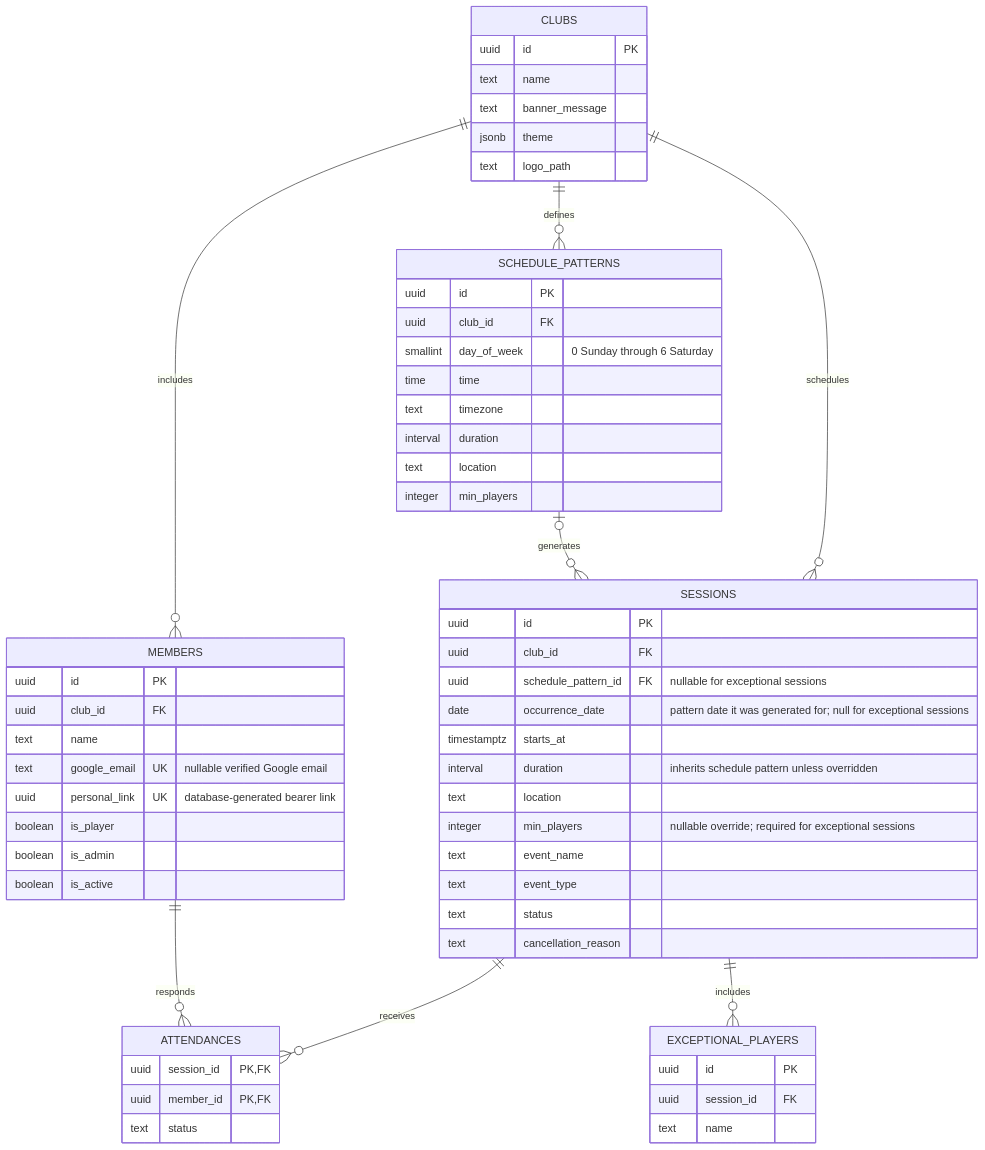
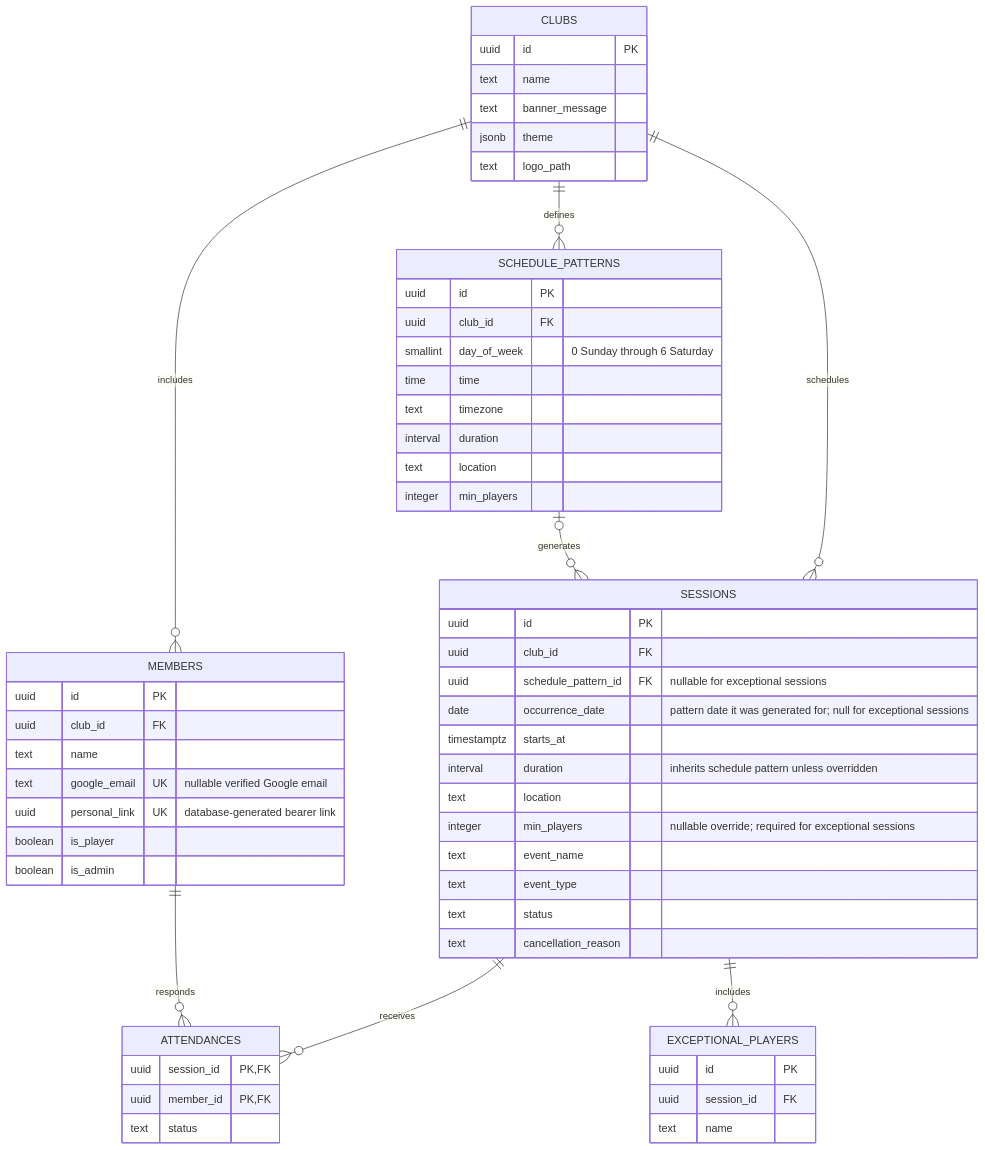
The diagram in documentation/PlayCount_Functional_Requirements_Final.md (mikebarais/playcount), drawn with Mermaid before and after one commit. The commit also changed other lines of this file and 5 other files, not shown here.

````diff
--- a/documentation/PlayCount_Functional_Requirements_Final.md
+++ b/documentation/PlayCount_Functional_Requirements_Final.md
@@ -186,67 +186,66 @@
 ```mermaid
 erDiagram
 	CLUBS {
 		uuid id PK
 		text name
 		text banner_message
 		jsonb theme
 		text logo_path
 	}
 
 	MEMBERS {
 		uuid id PK
 		uuid club_id FK
 		text name
 		text google_email UK "nullable verified Google email"
 		uuid personal_link UK "database-generated bearer link"
 		boolean is_player
 		boolean is_admin
-		boolean is_active
 	}
 
 	SCHEDULE_PATTERNS {
 		uuid id PK
 		uuid club_id FK
 		smallint day_of_week "0 Sunday through 6 Saturday"
 		time time
 		text timezone
 		interval duration
 		text location
 		integer min_players
 	}
 
 	SESSIONS {
 		uuid id PK
 		uuid club_id FK
 		uuid schedule_pattern_id FK "nullable for exceptional sessions"
 		date occurrence_date "pattern date it was generated for; null for exceptional sessions"
 		timestamptz starts_at
 		interval duration "inherits schedule pattern unless overridden"
 		text location
 		integer min_players "nullable override; required for exceptional sessions"
 		text event_name
 		text event_type
 		text status
 		text cancellation_reason
 	}
 
 	ATTENDANCES {
 		uuid session_id PK, FK
 		uuid member_id PK, FK
 		text status
 	}
 
 	EXCEPTIONAL_PLAYERS {
 		uuid id PK
 		uuid session_id FK
 		text name
 	}
 
 	CLUBS ||--o{ MEMBERS : includes
 	CLUBS ||--o{ SCHEDULE_PATTERNS : defines
 	SCHEDULE_PATTERNS o|--o{ SESSIONS : generates
 	CLUBS ||--o{ SESSIONS : schedules
 	SESSIONS ||--o{ ATTENDANCES : receives
 	MEMBERS ||--o{ ATTENDANCES : responds
 	SESSIONS ||--o{ EXCEPTIONAL_PLAYERS : includes
 ```
````
